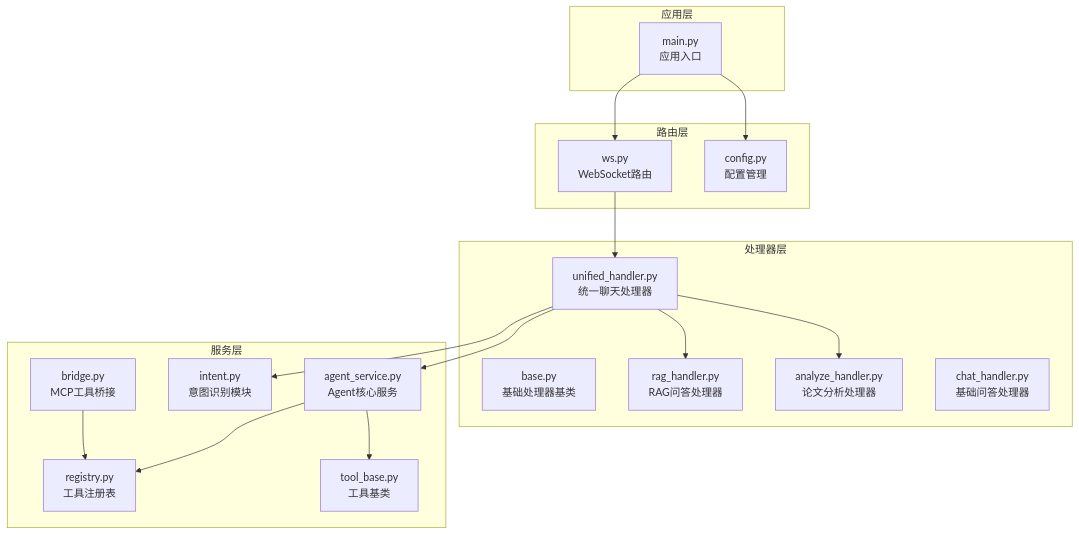
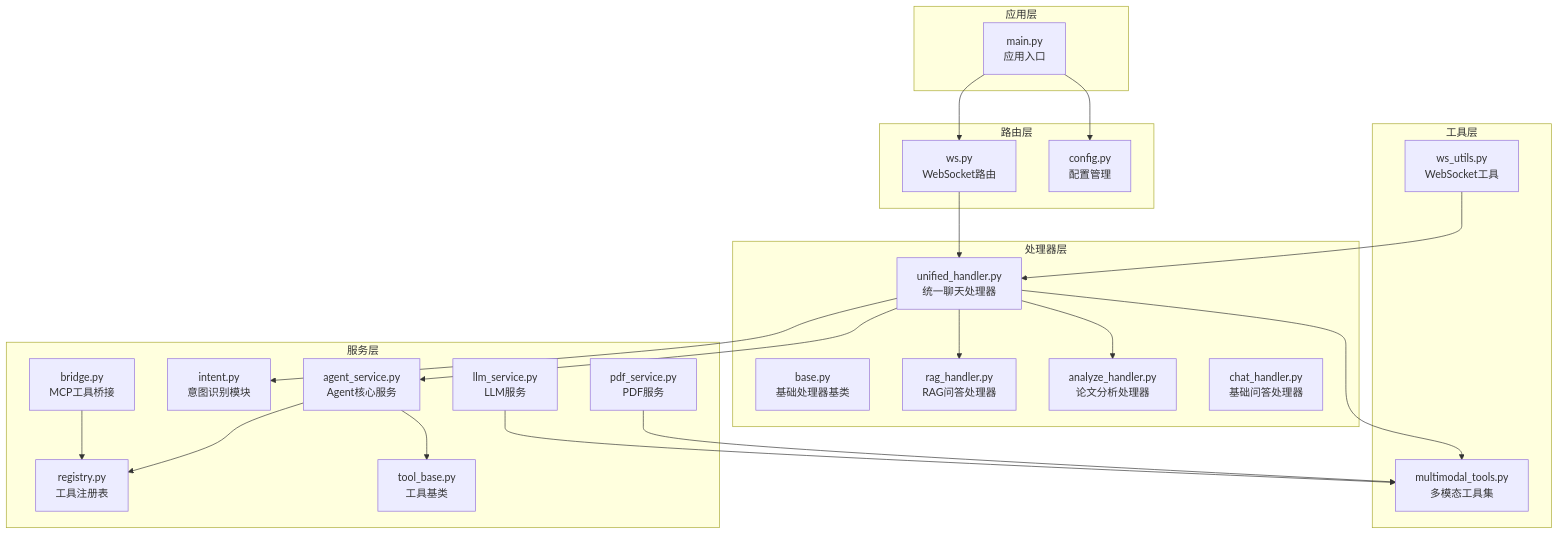
The first of 10 diagrams in .qoder/repowiki/zh/content/后端系统/统一处理器系统.md (laohanhahaha/PaperChat), drawn with Mermaid before and after one commit. The commit also changed other lines of this file and 185 other files, not shown here.

````diff
--- a/.qoder/repowiki/zh/content/后端系统/统一处理器系统.md
+++ b/.qoder/repowiki/zh/content/后端系统/统一处理器系统.md
@@ -41,34 +57,44 @@
 ```mermaid
 graph TB
 subgraph "处理器层"
 UH[unified_handler.py<br/>统一聊天处理器]
 BH[base.py<br/>基础处理器基类]
 RH[rag_handler.py<br/>RAG问答处理器]
 AH[analyze_handler.py<br/>论文分析处理器]
 CH[chat_handler.py<br/>基础问答处理器]
 end
 subgraph "服务层"
 AS[agent_service.py<br/>Agent核心服务]
 IS[intent.py<br/>意图识别模块]
 TR[registry.py<br/>工具注册表]
 TB[tool_base.py<br/>工具基类]
 BR[bridge.py<br/>MCP工具桥接]
+PDFS[pdf_service.py<br/>PDF服务]
+LLMS[llm_service.py<br/>LLM服务]
+end
+subgraph "工具层"
+MT[multimodal_tools.py<br/>多模态工具集]
+WSU[ws_utils.py<br/>WebSocket工具]
 end
 subgraph "路由层"
 WS[ws.py<br/>WebSocket路由]
 CFG[config.py<br/>配置管理]
 end
 subgraph "应用层"
 MAIN[main.py<br/>应用入口]
 end
 WS --> UH
 UH --> AS
 UH --> IS
 UH --> RH
 UH --> AH
+UH --> MT
 AS --> TR
 AS --> TB
 BR --> TR
+PDFS --> MT
+LLMS --> MT
+WSU --> UH
 MAIN --> WS
 MAIN --> CFG
 ```
````
